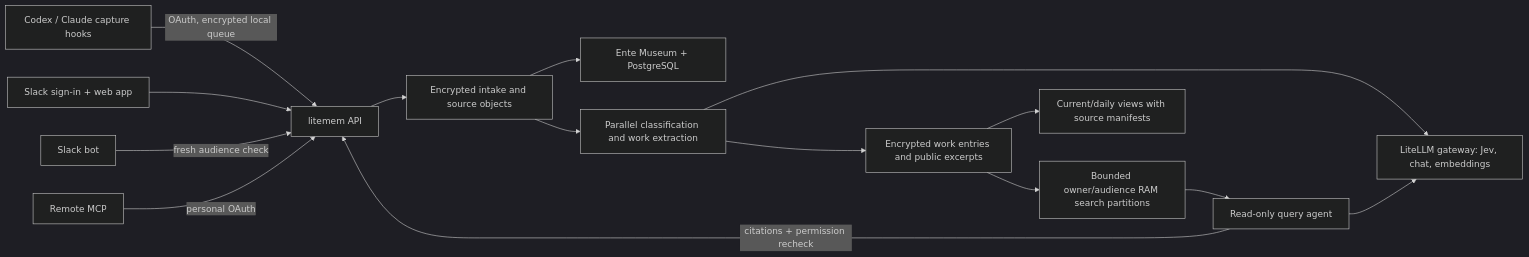
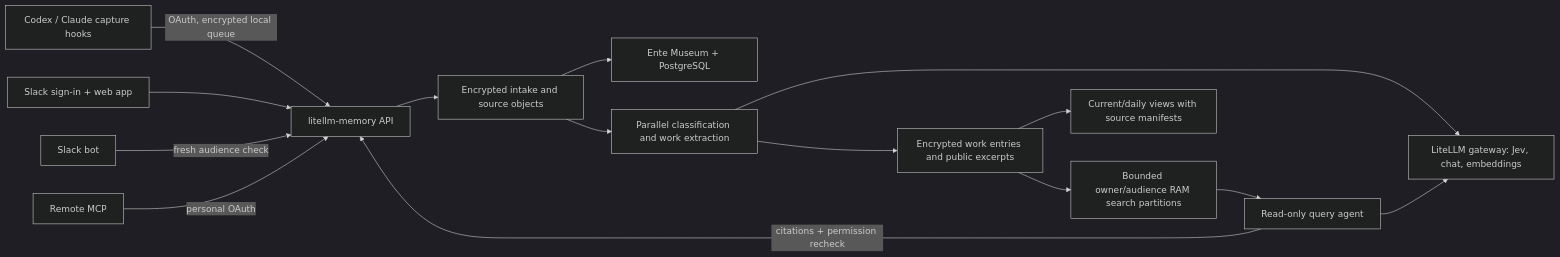
The diagram in docs/architecture.md (BerriAI/litellm-memory), drawn with Mermaid (dark theme) before and after one commit. The commit also changed other lines of this file and 79 other files, not shown here.

````diff
--- a/docs/architecture.md
+++ b/docs/architecture.md
@@ -5,17 +5,17 @@
 ```mermaid
 flowchart LR
-  C[Codex / Claude capture hooks] -->|OAuth, encrypted local queue| A[litemem API]
+  C[Codex / Claude capture hooks] -->|OAuth, encrypted local queue| A[litellm-memory API]
   W[Slack sign-in + web app] --> A
   S[Slack bot] -->|fresh audience check| A
   M[Remote MCP] -->|personal OAuth| A
   A --> E[Encrypted intake and source objects]
   E --> N[Ente Museum + PostgreSQL]
   E --> P[Parallel classification and work extraction]
   P --> L[LiteLLM gateway: Jev, chat, embeddings]
   P --> D[Encrypted work entries and public excerpts]
   D --> V[Current/daily views with source manifests]
   D --> I[Bounded owner/audience RAM search partitions]
   I --> Q[Read-only query agent]
   Q --> L
   Q -->|citations + permission recheck| A
 ```
````
